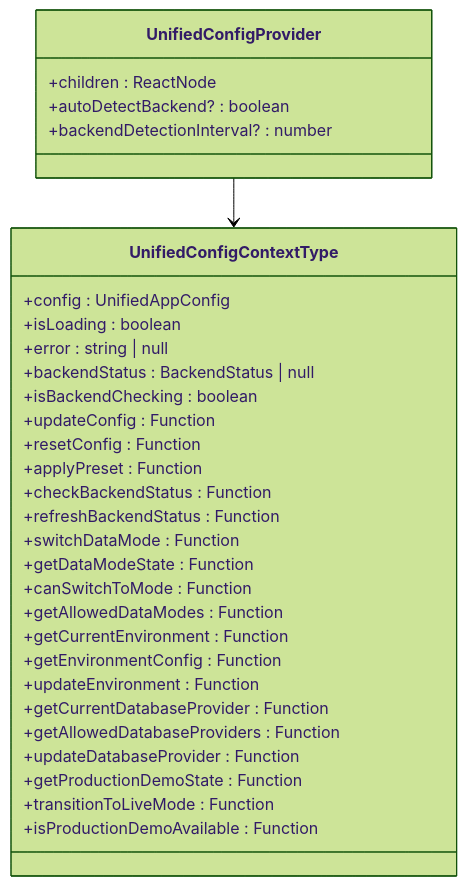
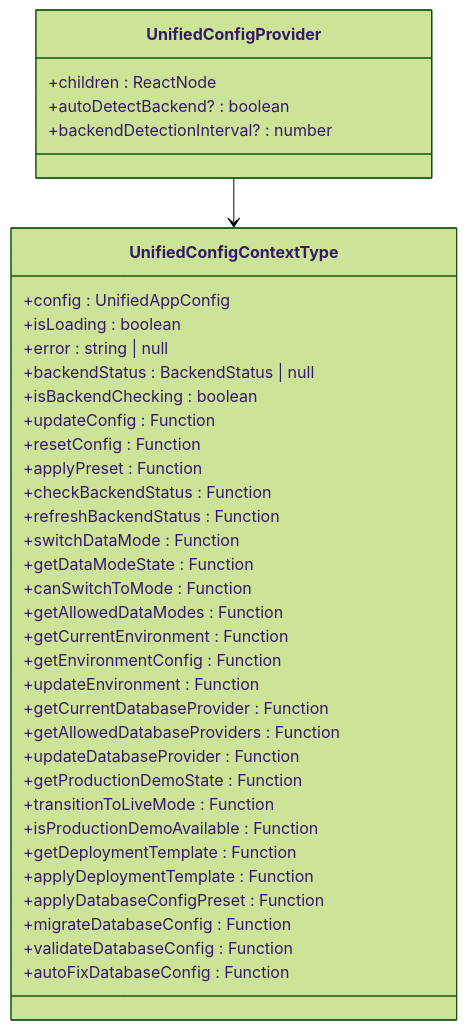
One commit to geniusdynamics/schoolpilot changed diagram 13 of 23 in .qoder/repowiki/en/content/Core Systems/Configuration System/Configuration System.md. Above: the diagram before and after it, drawn with Mermaid (forest theme). The commit also changed other lines of this file and 8 other files, not shown here.

````diff
--- a/.qoder/repowiki/en/content/Core Systems/Configuration System/Configuration System.md
+++ b/.qoder/repowiki/en/content/Core Systems/Configuration System/Configuration System.md
@@ -633,34 +813,40 @@
 ```mermaid
 classDiagram
 class UnifiedConfigContextType {
 +config : UnifiedAppConfig
 +isLoading : boolean
 +error : string | null
 +backendStatus : BackendStatus | null
 +isBackendChecking : boolean
 +updateConfig : Function
 +resetConfig : Function
 +applyPreset : Function
 +checkBackendStatus : Function
 +refreshBackendStatus : Function
 +switchDataMode : Function
 +getDataModeState : Function
 +canSwitchToMode : Function
 +getAllowedDataModes : Function
 +getCurrentEnvironment : Function
 +getEnvironmentConfig : Function
 +updateEnvironment : Function
 +getCurrentDatabaseProvider : Function
 +getAllowedDatabaseProviders : Function
 +updateDatabaseProvider : Function
 +getProductionDemoState : Function
 +transitionToLiveMode : Function
 +isProductionDemoAvailable : Function
++getDeploymentTemplate : Function
++applyDeploymentTemplate : Function
++applyDatabaseConfigPreset : Function
++migrateDatabaseConfig : Function
++validateDatabaseConfig : Function
++autoFixDatabaseConfig : Function
 }
 class UnifiedConfigProvider {
 +children : ReactNode
 +autoDetectBackend? : boolean
 +backendDetectionInterval? : number
 }
 UnifiedConfigProvider --> UnifiedConfigContextType
 ```
````
